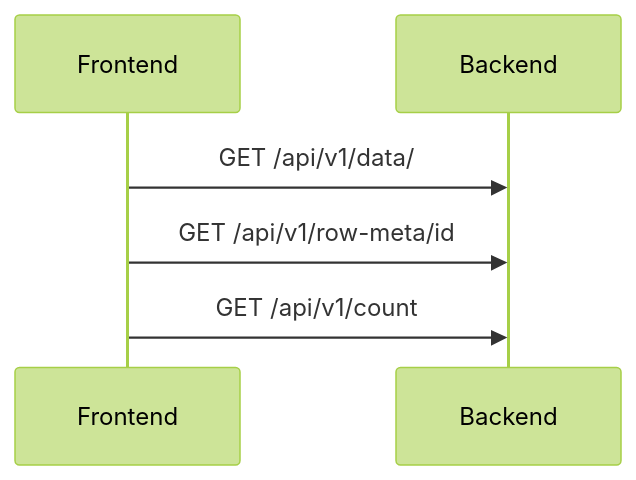
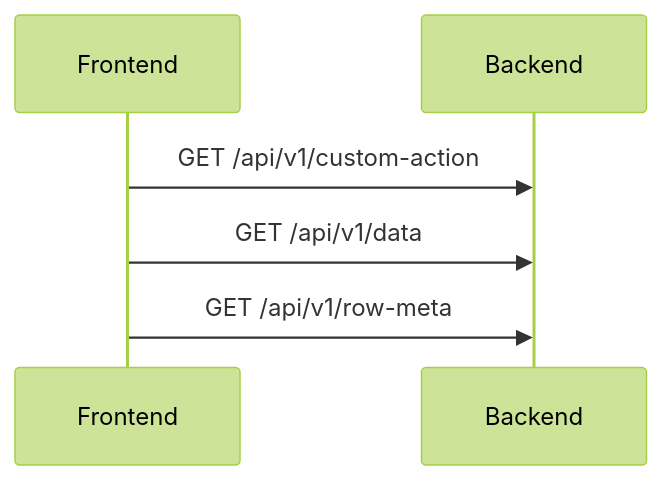
Before and after one commit to CX-Box/cxbox-doc: the sixth of 6 diagrams in docs/basic/frontbackinteraction.md, drawn with Mermaid (forest theme). The commit also changed other lines of this file and 29 other files, not shown here.

First line of the commit message:
CXBOX-961 Frontend - Backend Interaction (#301)

````diff
--- a/docs/basic/frontbackinteraction.md
+++ b/docs/basic/frontbackinteraction.md
@@ -85,6 +339,6 @@
 ```mermaid
 sequenceDiagram
-    Frontend->>Backend: GET /api/v1/data/
-    Frontend->>Backend: GET /api/v1/row-meta/id
-    Frontend->>Backend: GET /api/v1/count
+    Frontend->>Backend: GET /api/v1/custom-action
+    Frontend->>Backend: GET /api/v1/data
+    Frontend->>Backend: GET /api/v1/row-meta
 ```
````
